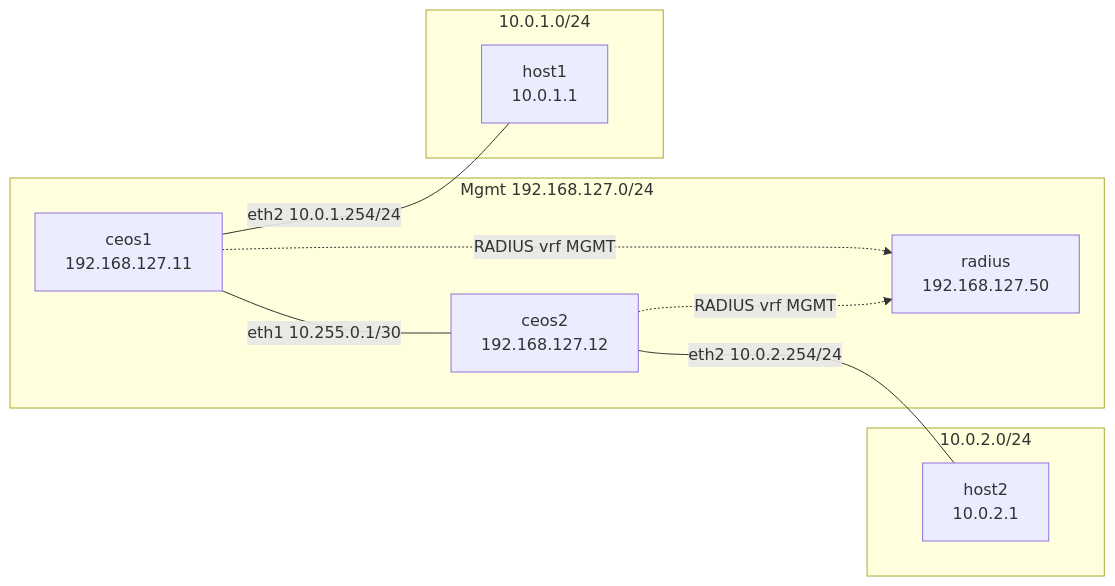
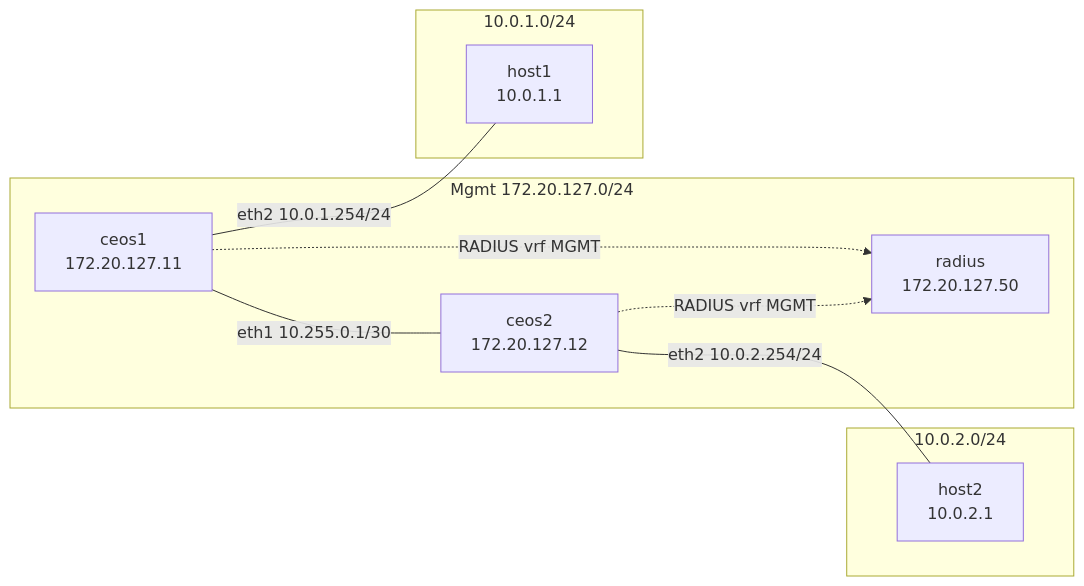
The diagram in README.md (fhibler/arista-quantum-safe), drawn with Mermaid before and after one commit. The commit also changed other lines of this file and 21 other files, not shown here.

````diff
--- a/README.md
+++ b/README.md
@@ -128,22 +129,22 @@
 ```mermaid
 flowchart LR
-  subgraph mgmt["Mgmt 192.168.127.0/24"]
-    ceos1["ceos1<br/>192.168.127.11"]
-    ceos2["ceos2<br/>192.168.127.12"]
-    radius["radius<br/>192.168.127.50"]
+  subgraph mgmt["Mgmt 172.20.127.0/24"]
+    ceos1["ceos1<br/>172.20.127.11"]
+    ceos2["ceos2<br/>172.20.127.12"]
+    radius["radius<br/>172.20.127.50"]
   end
 
   subgraph data1["10.0.1.0/24"]
     h1["host1<br/>10.0.1.1"]
   end
 
   subgraph data2["10.0.2.0/24"]
     h2["host2<br/>10.0.2.1"]
   end
 
   ceos1 ---|"eth1 10.255.0.1/30"| ceos2
   ceos1 ---|"eth2 10.0.1.254/24"| h1
   ceos2 ---|"eth2 10.0.2.254/24"| h2
   ceos1 -.->|"RADIUS vrf MGMT"| radius
   ceos2 -.->|"RADIUS vrf MGMT"| radius
 ```
````
